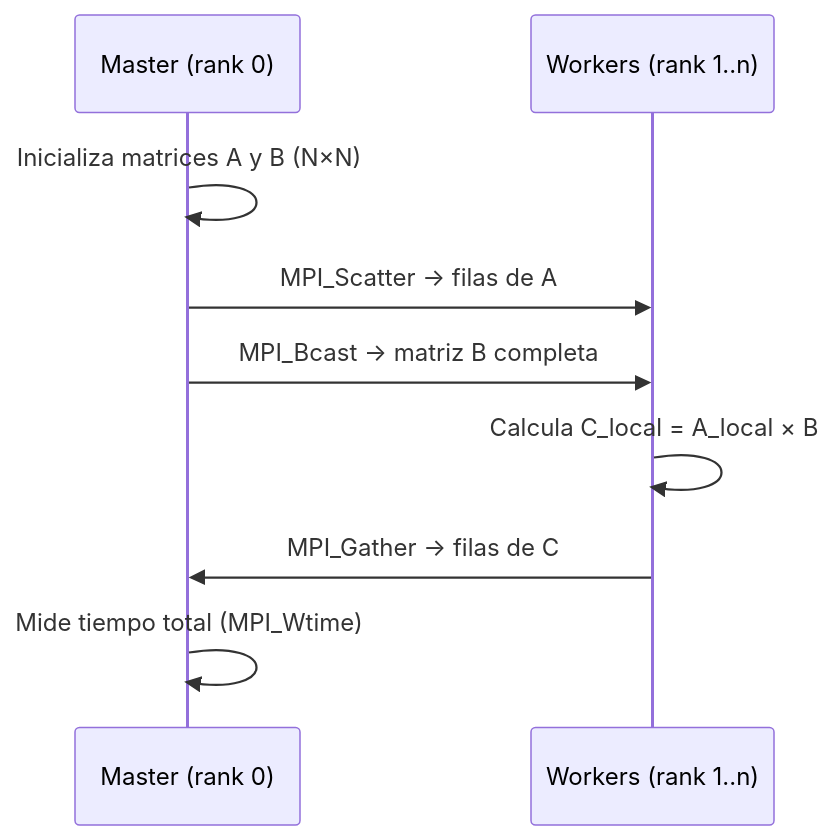
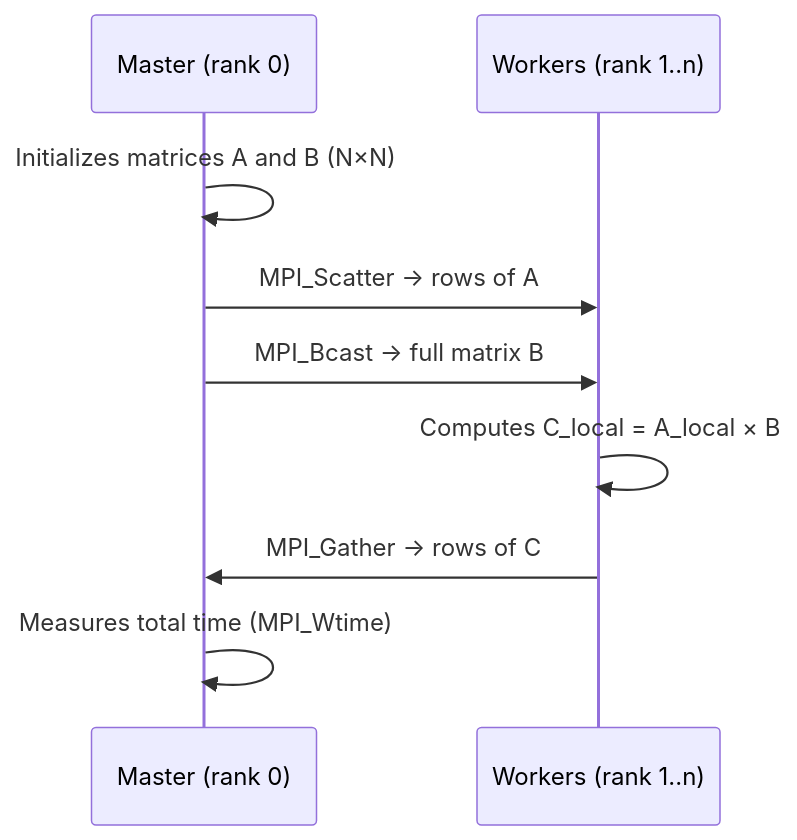
Before and after one commit to CarefreeHarp/DistributedSystems: the second of 2 diagrams in MatrixMultiplicationDistributed-Workshop/README.md, drawn with Mermaid. The commit also changed other lines of this file and 3 other files, not shown here.

````diff
--- a/MatrixMultiplicationDistributed-Workshop/README.md
+++ b/MatrixMultiplicationDistributed-Workshop/README.md
@@ -33,12 +33,12 @@
 ```mermaid
 sequenceDiagram
     participant M as Master (rank 0)
     participant W as Workers (rank 1..n)
 
-    M->>M: Inicializa matrices A y B (N×N)
-    M->>W: MPI_Scatter → filas de A
-    M->>W: MPI_Bcast → matriz B completa
-    W->>W: Calcula C_local = A_local × B
-    W->>M: MPI_Gather → filas de C
-    M->>M: Mide tiempo total (MPI_Wtime)
+    M->>M: Initializes matrices A and B (N×N)
+    M->>W: MPI_Scatter → rows of A
+    M->>W: MPI_Bcast → full matrix B
+    W->>W: Computes C_local = A_local × B
+    W->>M: MPI_Gather → rows of C
+    M->>M: Measures total time (MPI_Wtime)
 ```
````
